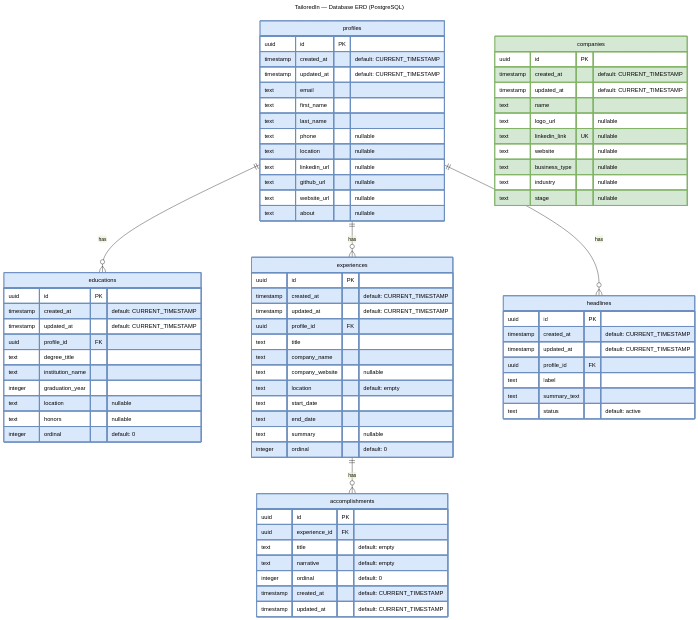
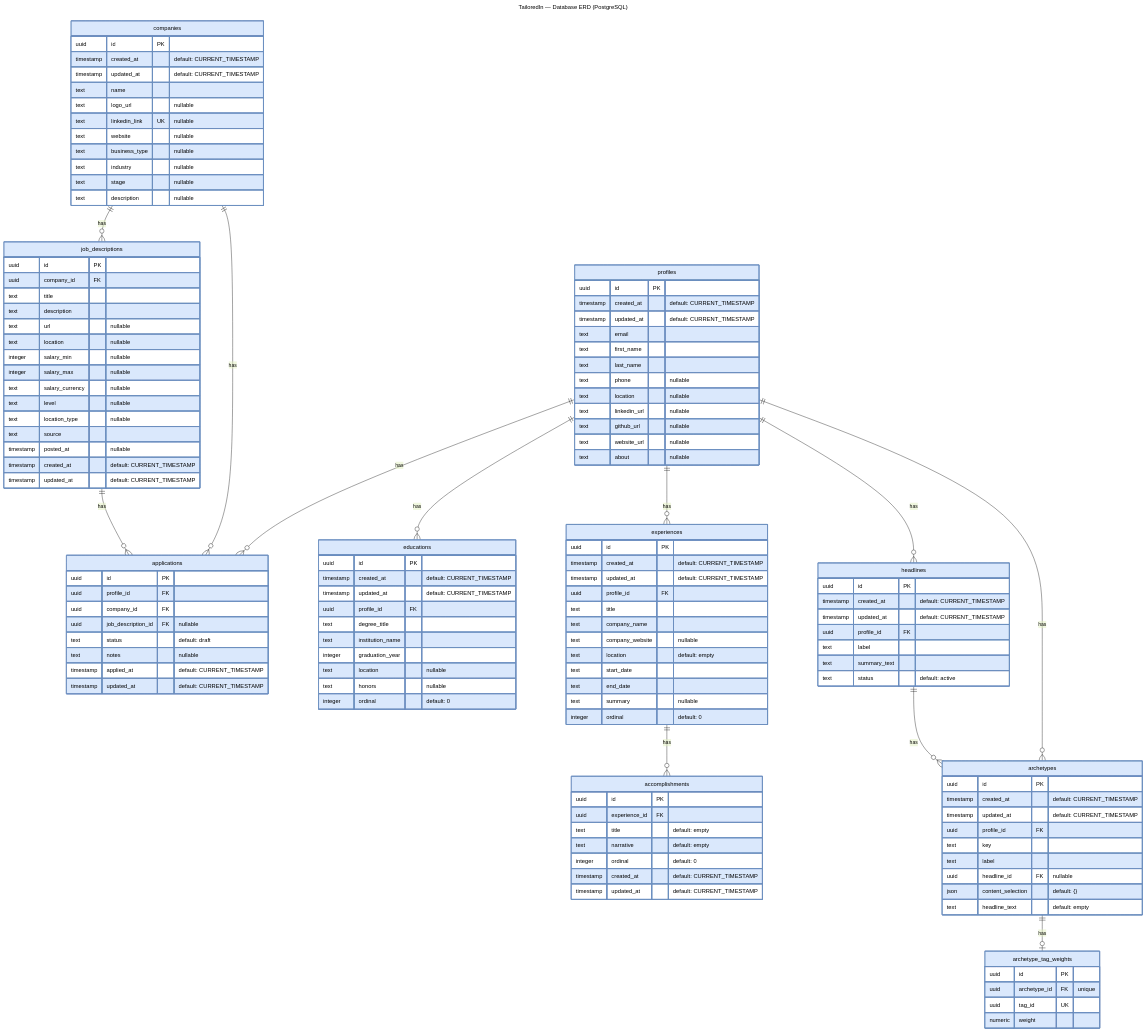
Before and after one commit to bluebird-labs/TailoredIn: the diagram in infrastructure/DATABASE.mmd, drawn with Mermaid (forest theme). The commit also changed 1 other file, not shown here.

Commit message:
chore: regenerate application and database diagrams

```diff
--- a/infrastructure/DATABASE.mmd
+++ b/infrastructure/DATABASE.mmd
@@ -1,112 +1,166 @@
 ---
 title: TailoredIn — Database ERD (PostgreSQL)
 ---
 
 erDiagram
 
     %% ──────────────────────────────────────────────
-    %%  Group 1
+    %%  Tables
     %% ──────────────────────────────────────────────
 
     accomplishments {
         uuid id PK
         uuid experience_id FK
         text title "default: empty"
         text narrative "default: empty"
         integer ordinal "default: 0"
         timestamp created_at "default: CURRENT_TIMESTAMP"
         timestamp updated_at "default: CURRENT_TIMESTAMP"
+    }
+
+    applications {
+        uuid id PK
+        uuid profile_id FK
+        uuid company_id FK
+        uuid job_description_id FK "nullable"
+        text status "default: draft"
+        text notes "nullable"
+        timestamp applied_at "default: CURRENT_TIMESTAMP"
+        timestamp updated_at "default: CURRENT_TIMESTAMP"
+    }
+
+    archetype_tag_weights {
+        uuid id PK
+        uuid archetype_id FK "unique"
+        uuid tag_id UK
+        numeric weight
+    }
+
+    archetypes {
+        uuid id PK
+        timestamp created_at "default: CURRENT_TIMESTAMP"
+        timestamp updated_at "default: CURRENT_TIMESTAMP"
+        uuid profile_id FK
+        text key
+        text label
+        uuid headline_id FK "nullable"
+        json content_selection "default: {}"
+        text headline_text "default: empty"
+    }
+
+    companies {
+        uuid id PK
+        timestamp created_at "default: CURRENT_TIMESTAMP"
+        timestamp updated_at "default: CURRENT_TIMESTAMP"
+        text name
+        text logo_url "nullable"
+        text linkedin_link UK "nullable"
+        text website "nullable"
+        text business_type "nullable"
+        text industry "nullable"
+        text stage "nullable"
+        text description "nullable"
     }
 
     educations {
         uuid id PK
         timestamp created_at "default: CURRENT_TIMESTAMP"
         timestamp updated_at "default: CURRENT_TIMESTAMP"
         uuid profile_id FK
         text degree_title
         text institution_name
         integer graduation_year
         text location "nullable"
         text honors "nullable"
         integer ordinal "default: 0"
     }
 
     experiences {
         uuid id PK
         timestamp created_at "default: CURRENT_TIMESTAMP"
         timestamp updated_at "default: CURRENT_TIMESTAMP"
         uuid profile_id FK
         text title
         text company_name
         text company_website "nullable"
         text location "default: empty"
         text start_date
         text end_date
         text summary "nullable"
         integer ordinal "default: 0"
     }
 
     headlines {
         uuid id PK
         timestamp created_at "default: CURRENT_TIMESTAMP"
         timestamp updated_at "default: CURRENT_TIMESTAMP"
         uuid profile_id FK
         text label
         text summary_text
         text status "default: active"
     }
 
+    job_descriptions {
+        uuid id PK
+        uuid company_id FK
+        text title
+        text description
+        text url "nullable"
+        text location "nullable"
+        integer salary_min "nullable"
+        integer salary_max "nullable"
+        text salary_currency "nullable"
+        text level "nullable"
+        text location_type "nullable"
+        text source
+        timestamp posted_at "nullable"
+        timestamp created_at "default: CURRENT_TIMESTAMP"
+        timestamp updated_at "default: CURRENT_TIMESTAMP"
+    }
+
     profiles {
         uuid id PK
         timestamp created_at "default: CURRENT_TIMESTAMP"
         timestamp updated_at "default: CURRENT_TIMESTAMP"
         text email
         text first_name
         text last_name
         text phone "nullable"
         text location "nullable"
         text linkedin_url "nullable"
         text github_url "nullable"
         text website_url "nullable"
         text about "nullable"
     }
 
-
-    %% ──────────────────────────────────────────────
-    %%  Standalone
-    %% ──────────────────────────────────────────────
-
-    companies {
-        uuid id PK
-        timestamp created_at "default: CURRENT_TIMESTAMP"
-        timestamp updated_at "default: CURRENT_TIMESTAMP"
-        text name
-        text logo_url "nullable"
-        text linkedin_link UK "nullable"
-        text website "nullable"
-        text business_type "nullable"
-        text industry "nullable"
-        text stage "nullable"
-    }
-
     %% ──────────────────────────────────────────────
     %%  Relationships
     %% ──────────────────────────────────────────────
 
+    companies ||--o{ job_descriptions : "has"
+    profiles ||--o{ applications : "has"
+    companies ||--o{ applications : "has"
+    job_descriptions ||--o{ applications : "has"
     profiles ||--o{ experiences : "has"
     profiles ||--o{ headlines : "has"
     profiles ||--o{ educations : "has"
+    profiles ||--o{ archetypes : "has"
+    headlines ||--o{ archetypes : "has"
+    archetypes ||--o| archetype_tag_weights : "has"
     experiences ||--o{ accomplishments : "has"
 
     %% ──────────────────────────────────────────────
     %%  Styles
     %% ──────────────────────────────────────────────
 
     classDef group0 fill:#dae8fc,stroke:#6c8ebf,stroke-width:2px
     class accomplishments group0
+    class applications group0
+    class archetype_tag_weights group0
+    class archetypes group0
+    class companies group0
     class educations group0
     class experiences group0
     class headlines group0
+    class job_descriptions group0
     class profiles group0
-    classDef group1 fill:#d5e8d4,stroke:#82b366,stroke-width:2px
-    class companies group1
```
